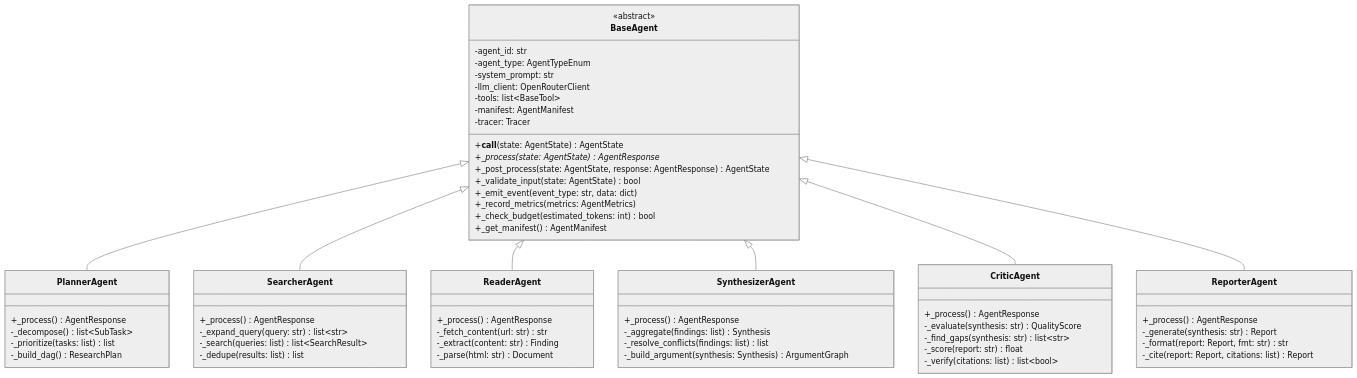
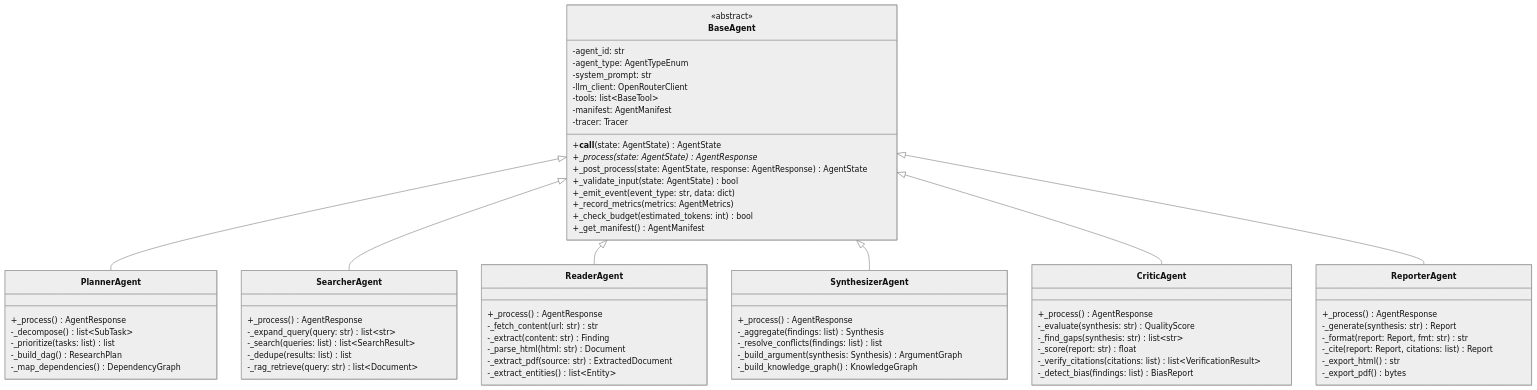
The first of 26 diagrams in docs/LLD.md (satyamaix/DeepResearchX), drawn with Mermaid (neutral theme) before and after one commit. The commit also changed other lines of this file and 2 other files, not shown here.

````diff
--- a/docs/LLD.md
+++ b/docs/LLD.md
@@ -18,71 +21,79 @@
 ```mermaid
 classDiagram
     class BaseAgent {
         <<abstract>>
         -agent_id: str
         -agent_type: AgentTypeEnum
         -system_prompt: str
         -llm_client: OpenRouterClient
         -tools: list~BaseTool~
         -manifest: AgentManifest
         -tracer: Tracer
         +__call__(state: AgentState) AgentState
         +_process(state: AgentState)* AgentResponse
         +_post_process(state: AgentState, response: AgentResponse) AgentState
         +_validate_input(state: AgentState) bool
         +_emit_event(event_type: str, data: dict)
         +_record_metrics(metrics: AgentMetrics)
         +_check_budget(estimated_tokens: int) bool
         +_get_manifest() AgentManifest
     }
 
     class PlannerAgent {
         +_process() AgentResponse
         -_decompose() list~SubTask~
         -_prioritize(tasks: list) list
         -_build_dag() ResearchPlan
+        -_map_dependencies() DependencyGraph
     }
 
     class SearcherAgent {
         +_process() AgentResponse
         -_expand_query(query: str) list~str~
         -_search(queries: list) list~SearchResult~
         -_dedupe(results: list) list
+        -_rag_retrieve(query: str) list~Document~
     }
 
     class ReaderAgent {
         +_process() AgentResponse
         -_fetch_content(url: str) str
         -_extract(content: str) Finding
-        -_parse(html: str) Document
+        -_parse_html(html: str) Document
+        -_extract_pdf(source: str) ExtractedDocument
+        -_extract_entities() list~Entity~
     }
 
     class SynthesizerAgent {
         +_process() AgentResponse
         -_aggregate(findings: list) Synthesis
         -_resolve_conflicts(findings: list) list
         -_build_argument(synthesis: Synthesis) ArgumentGraph
+        -_build_knowledge_graph() KnowledgeGraph
     }
 
     class CriticAgent {
         +_process() AgentResponse
         -_evaluate(synthesis: str) QualityScore
         -_find_gaps(synthesis: str) list~str~
         -_score(report: str) float
-        -_verify(citations: list) list~bool~
+        -_verify_citations(citations: list) list~VerificationResult~
+        -_detect_bias(findings: list) BiasReport
     }
 
     class ReporterAgent {
         +_process() AgentResponse
         -_generate(synthesis: str) Report
         -_format(report: Report, fmt: str) str
         -_cite(report: Report, citations: list) Report
+        -_export_html() str
+        -_export_pdf() bytes
     }
 
     BaseAgent <|-- PlannerAgent
     BaseAgent <|-- SearcherAgent
     BaseAgent <|-- ReaderAgent
     BaseAgent <|-- SynthesizerAgent
     BaseAgent <|-- CriticAgent
     BaseAgent <|-- ReporterAgent
 ```
````
